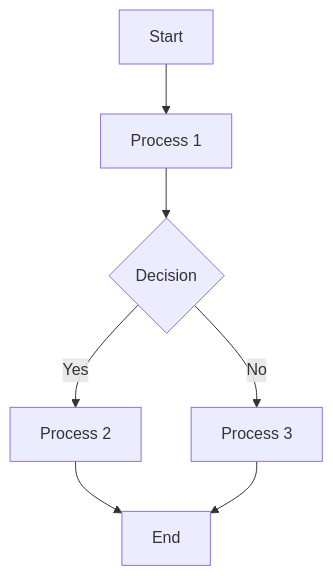
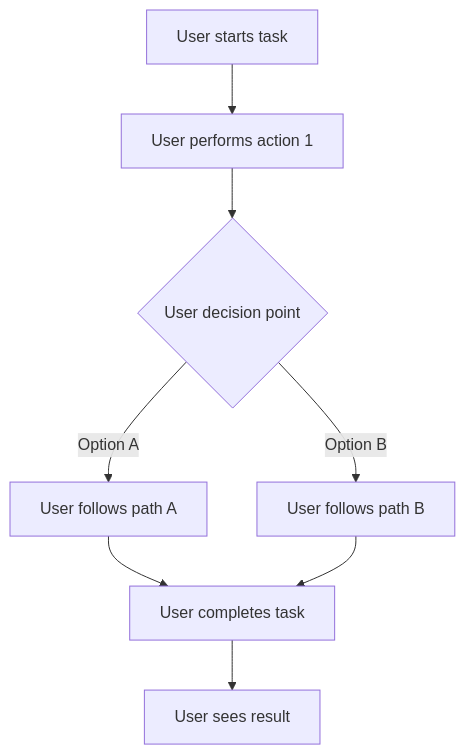
Before and after one commit to Interstellar-code/taskheroai: the first of 2 diagrams in mods/project_management/templates/task-template.md, drawn with Mermaid. The commit also changed other lines of this file and 21 other files, not shown here.

````diff
--- a/mods/project_management/templates/task-template.md
+++ b/mods/project_management/templates/task-template.md
@@ -16,9 +75,10 @@
 ```mermaid
 flowchart TD
-    A[Start] --> B[Process 1]
-    B --> C{Decision}
-    C -->|Yes| D[Process 2]
-    C -->|No| E[Process 3]
-    D --> F[End]
-    E --> F
+    A[User starts task] --> B[User performs action 1]
+    B --> C{User decision point}
+    C -->|Option A| D[User follows path A]
+    C -->|Option B| E[User follows path B]
+    D --> F[User completes task]
+    E --> F[User completes task]
+    F --> G[User sees result]
 ```
````
